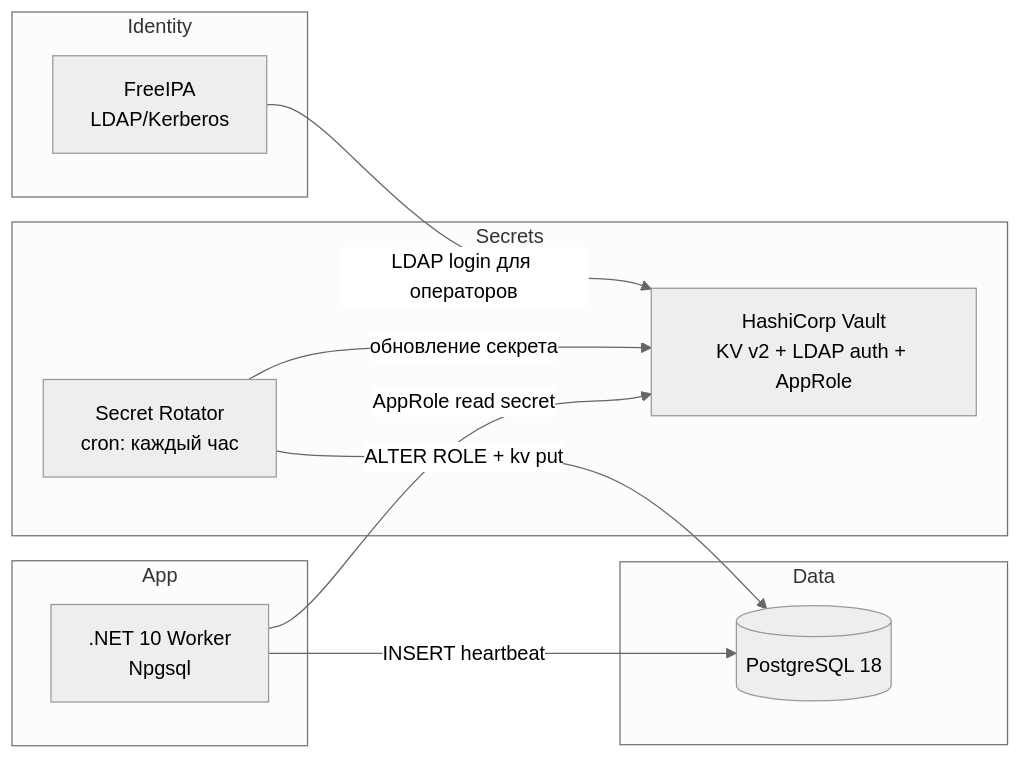
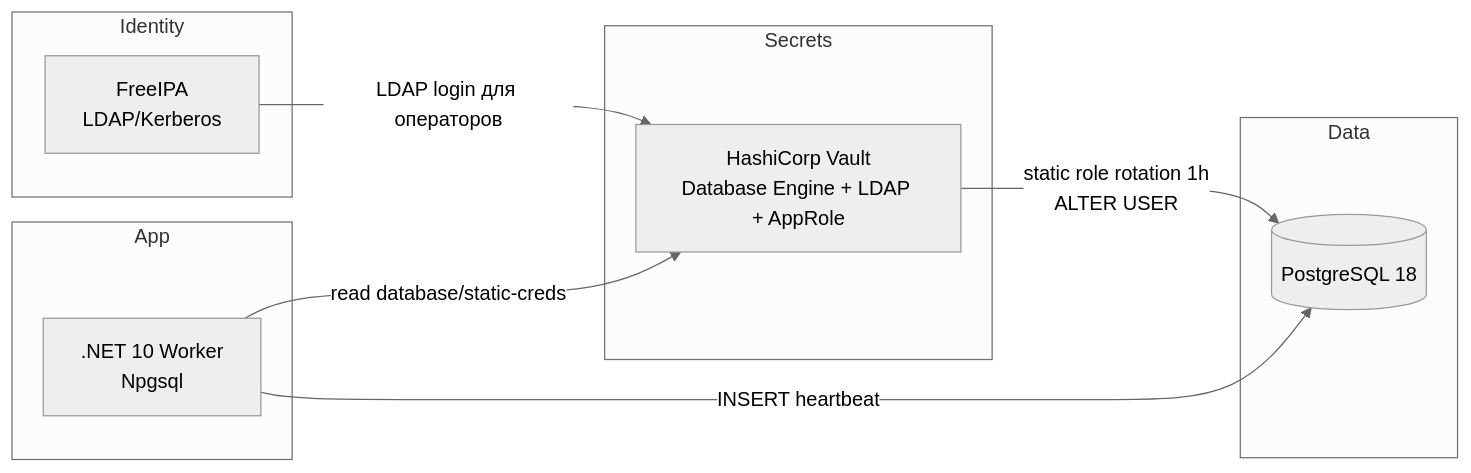
Before and after one commit to Tirael/vault-secret-rotation-demo: the diagram in README.md, drawn with Mermaid (neutral theme). The commit also changed other lines of this file and 12 other files, not shown here.

First line of the commit message:
Replace custom rotator with Vault Database Secrets Engine

````diff
--- a/README.md
+++ b/README.md
@@ -7,25 +7,23 @@
 ```mermaid
 flowchart LR
     subgraph Identity
         IPA[FreeIPA<br/>LDAP/Kerberos]
     end
 
     subgraph Secrets
-        V[HashiCorp Vault<br/>KV v2 + LDAP auth + AppRole]
-        R[Secret Rotator<br/>cron: каждый час]
+        V[HashiCorp Vault<br/>Database Engine + LDAP + AppRole]
     end
 
     subgraph Data
         PG[(PostgreSQL 18)]
     end
 
     subgraph App
         S[.NET 10 Worker<br/>Npgsql]
     end
 
     IPA -->|LDAP login для операторов| V
-    R -->|ALTER ROLE + kv put| PG
-    R -->|обновление секрета| V
-    S -->|AppRole read secret| V
+    V -->|static role rotation 1h<br/>ALTER USER| PG
+    S -->|read database/static-creds| V
     S -->|INSERT heartbeat| PG
 ```
````
